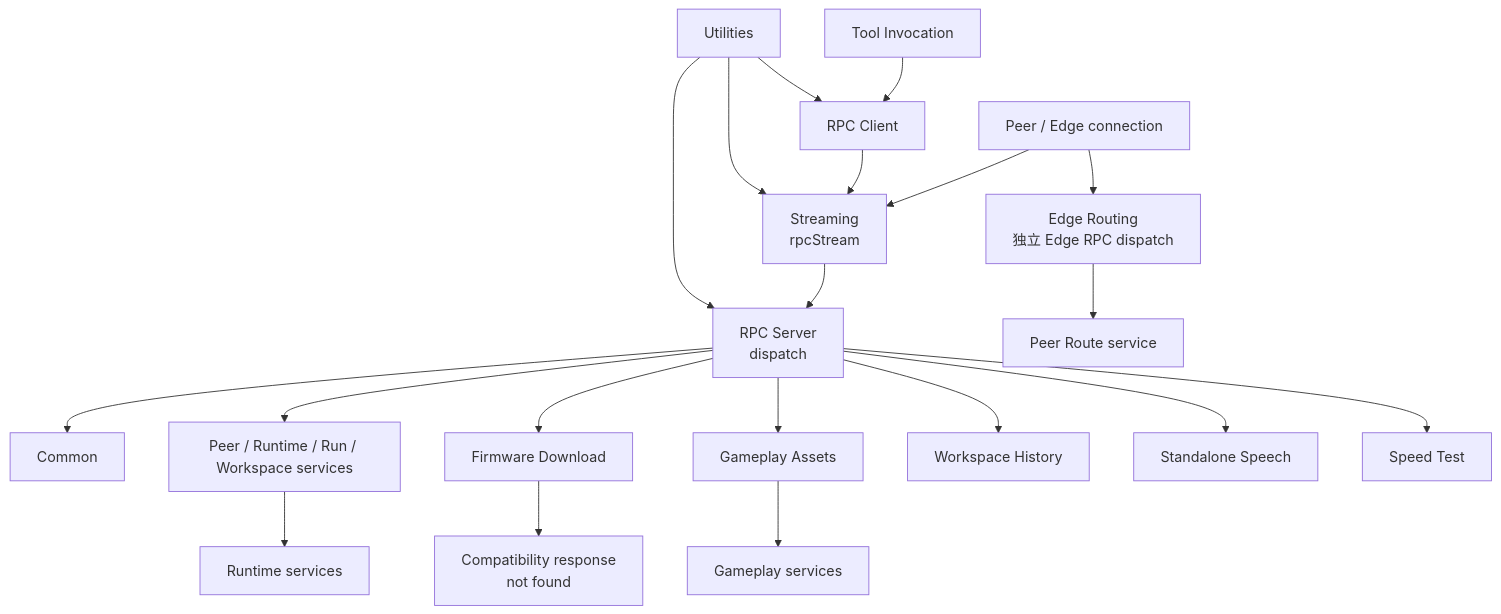
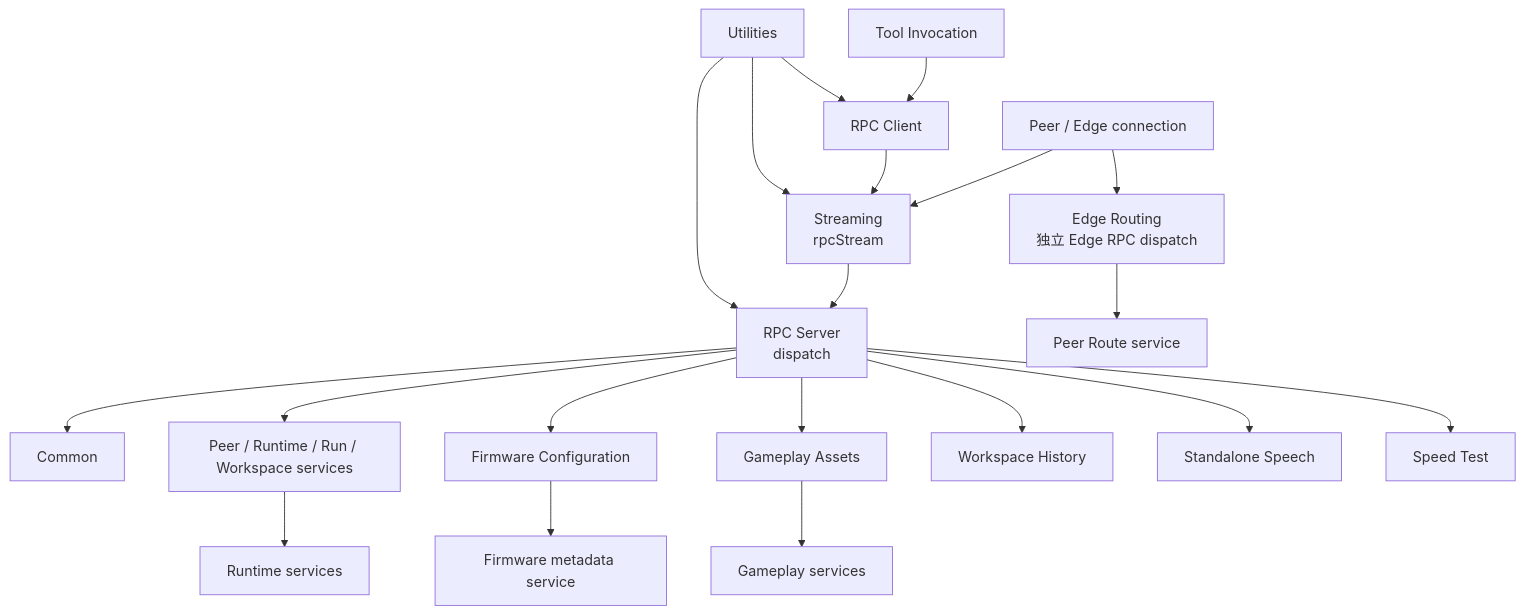
The diagram in guides/zh/developing/gizclaw/rpc/overview.md (GizClaw/gizclaw), drawn with Mermaid before and after one commit. The commit also changed other lines of this file and 124 other files, not shown here.

First line of the commit message:
firmware/ota: return channel package configuration

````diff
--- a/guides/zh/developing/gizclaw/rpc/overview.md
+++ b/guides/zh/developing/gizclaw/rpc/overview.md
@@ -26,25 +26,25 @@
 ```mermaid
 flowchart TB
     Connection["Peer / Edge connection"] --> Stream["Streaming<br/>rpcStream"]
 
     Client["RPC Client"] --> Stream
     Stream --> Server["RPC Server<br/>dispatch"]
     Server --> Common["Common"]
     Server --> Runtime["Peer / Runtime / Run / Workspace services"]
-    Server --> Firmware["Firmware Download"]
+    Server --> Firmware["Firmware Configuration"]
     Server --> Gameplay["Gameplay Assets"]
     Server --> History["Workspace History"]
     Server --> Speech["Standalone Speech"]
     Server --> Speed["Speed Test"]
     Connection --> Edge["Edge Routing<br/>独立 Edge RPC dispatch"]
 
     Tool["Tool Invocation"] --> Client
     Utilities["Utilities"] --> Client
     Utilities --> Server
     Utilities --> Stream
 
     Runtime --> RuntimeServices["Runtime services"]
-    Firmware --> Compat["Compatibility response<br/>not found"]
+    Firmware --> FirmwareSvc["Firmware metadata service"]
     Gameplay --> GameplaySvc["Gameplay services"]
     Edge --> Routes["Peer Route service"]
 ```
````
